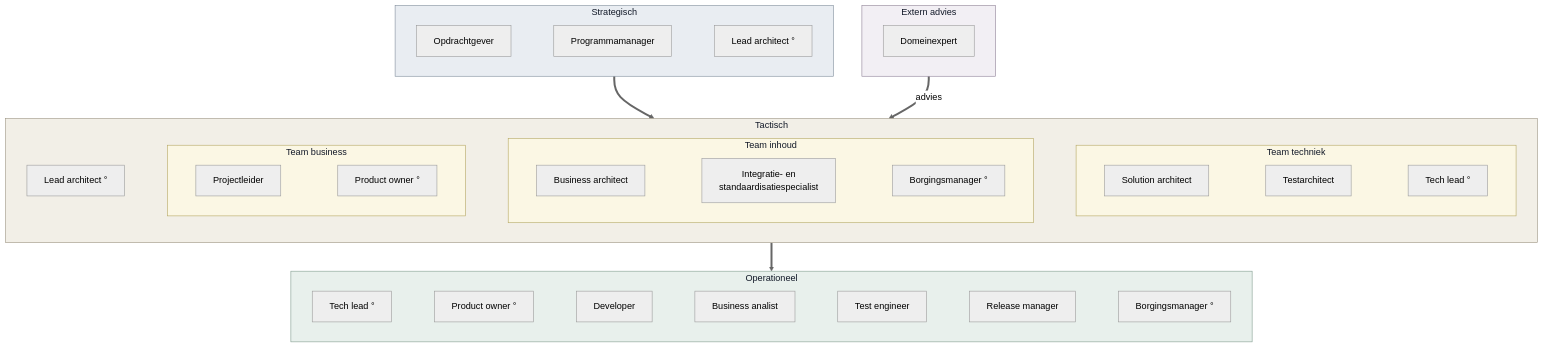
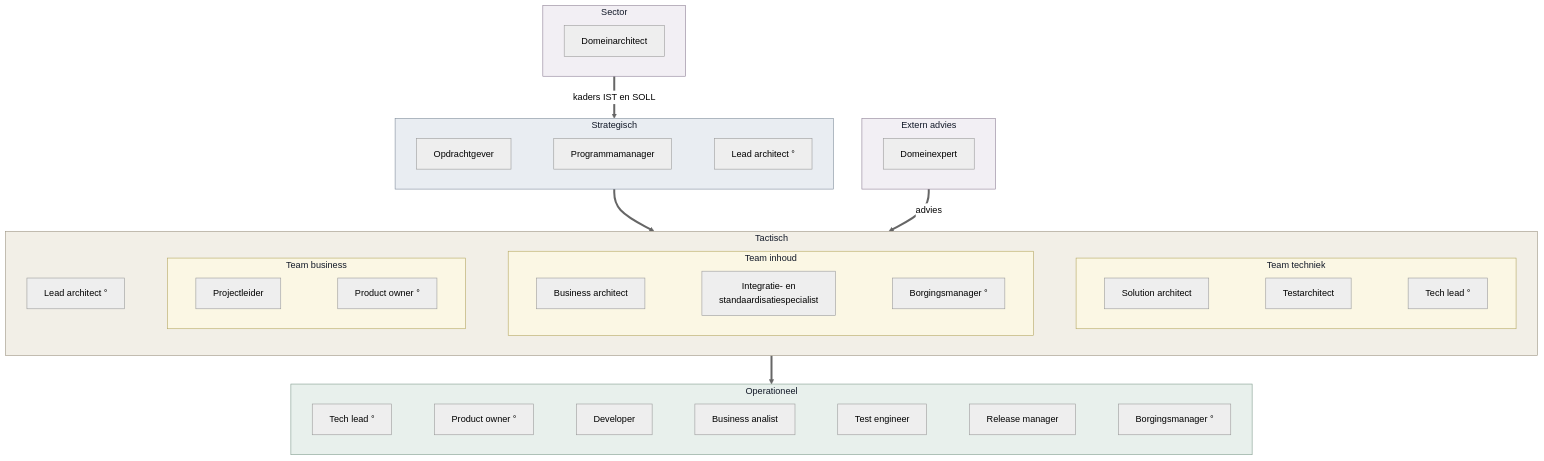
The first of 4 diagrams in presentaties/src/260903_rollen.md (Npuls-OKx/meta), drawn with Mermaid (neutral theme) before and after one commit. The commit also changed other lines of this file, not shown here.

````diff
--- a/presentaties/src/260903_rollen.md
+++ b/presentaties/src/260903_rollen.md
@@ -133,42 +133,48 @@
 ```mermaid
 flowchart TB
   subgraph EX["Extern advies"]
     direction LR
     DE["Domeinexpert"]
+  end
+  subgraph SEC["Sector"]
+    direction LR
+    DA["Domeinarchitect"]
   end
   subgraph S["Strategisch"]
     direction LR
     OG["Opdrachtgever"] ~~~ PM["Programmamanager"] ~~~ LA1["Lead architect °"]
   end
   subgraph T["Tactisch"]
     direction LR
     LA2["Lead architect °"]
     subgraph TB2["Team business"]
       direction LR
       PL["Projectleider"] ~~~ PO1["Product owner °"]
     end
     subgraph TI["Team inhoud"]
       direction LR
       BAR["Business architect"] ~~~ IS["Integratie- en<br/>standaardisatiespecialist"] ~~~ BM1["Borgingsmanager °"]
     end
     subgraph TT["Team techniek"]
       direction LR
       SA["Solution architect"] ~~~ TA["Testarchitect"] ~~~ TL1["Tech lead °"]
     end
     LA2 ~~~ TB2 ~~~ TI ~~~ TT
   end
   subgraph O["Operationeel"]
     direction LR
     TL2["Tech lead °"] ~~~ PO2["Product owner °"] ~~~ DEV["Developer"] ~~~ BA["Business analist"] ~~~ TE["Test engineer"] ~~~ RM["Release manager"] ~~~ BM2["Borgingsmanager °"]
   end
   S ==> T
   T ==> O
   EX ==>|advies| T
+  SEC ==>|kaders IST en SOLL| S
   style TB2 fill:#fbf7e4,stroke:#b3a55f,color:#111827
   style TI fill:#fbf7e4,stroke:#b3a55f,color:#111827
   style TT fill:#fbf7e4,stroke:#b3a55f,color:#111827
   style EX fill:#f2eff4,stroke:#8c7e94,color:#111827
+  style SEC fill:#f2eff4,stroke:#8c7e94,color:#111827
   style S fill:#e9edf2,stroke:#7d8a99,color:#111827
   style T fill:#f2efe7,stroke:#9a9280,color:#111827
   style O fill:#e8f0ec,stroke:#7f9a8c,color:#111827
 ```
````
